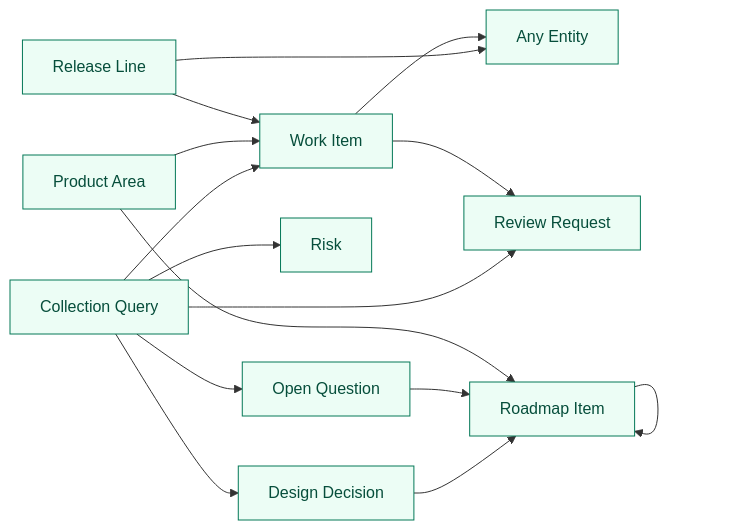
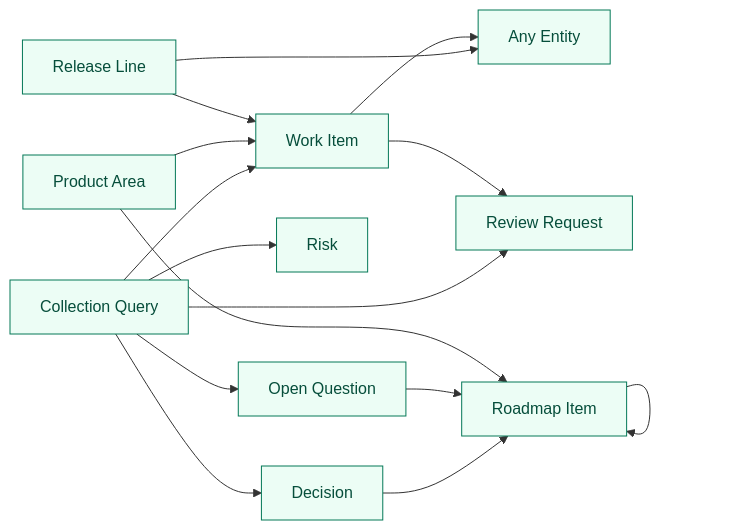
Before and after one commit to cruxible-ai/cruxible: the third of 3 diagrams in kits/project-state/README.md, drawn with Mermaid. The commit also changed other lines of this file and 2 other files, not shown here.

````diff
--- a/kits/project-state/README.md
+++ b/kits/project-state/README.md
@@ -297,30 +297,30 @@
 ```mermaid
 flowchart LR
   classDef queryEntity fill:#ecfdf5,stroke:#047857,color:#064e3b
 
   query_entity_AnyEntity["Any Entity"]
   query_entity_Collection_query["Collection Query"]
-  query_entity_DesignDecision["Design Decision"]
+  query_entity_Decision["Decision"]
   query_entity_OpenQuestion["Open Question"]
   query_entity_ProductArea["Product Area"]
   query_entity_ReleaseLine["Release Line"]
   query_entity_ReviewRequest["Review Request"]
   query_entity_Risk["Risk"]
   query_entity_RoadmapItem["Roadmap Item"]
   query_entity_WorkItem["Work Item"]
-  class query_entity_AnyEntity,query_entity_Collection_query,query_entity_DesignDecision,query_entity_OpenQuestion,query_entity_ProductArea,query_entity_ReleaseLine,query_entity_ReviewRequest,query_entity_Risk,query_entity_RoadmapItem,query_entity_WorkItem queryEntity
-  query_entity_Collection_query --> query_entity_DesignDecision
+  class query_entity_AnyEntity,query_entity_Collection_query,query_entity_Decision,query_entity_OpenQuestion,query_entity_ProductArea,query_entity_ReleaseLine,query_entity_ReviewRequest,query_entity_Risk,query_entity_RoadmapItem,query_entity_WorkItem queryEntity
+  query_entity_Collection_query --> query_entity_Decision
   query_entity_Collection_query --> query_entity_OpenQuestion
   query_entity_Collection_query --> query_entity_ReviewRequest
   query_entity_Collection_query --> query_entity_Risk
   query_entity_Collection_query --> query_entity_WorkItem
-  query_entity_DesignDecision --> query_entity_RoadmapItem
+  query_entity_Decision --> query_entity_RoadmapItem
   query_entity_OpenQuestion --> query_entity_RoadmapItem
   query_entity_ProductArea --> query_entity_RoadmapItem
   query_entity_ProductArea --> query_entity_WorkItem
   query_entity_ReleaseLine --> query_entity_AnyEntity
   query_entity_ReleaseLine --> query_entity_WorkItem
   query_entity_RoadmapItem --> query_entity_RoadmapItem
   query_entity_WorkItem --> query_entity_AnyEntity
   query_entity_WorkItem --> query_entity_ReviewRequest
 ```
````
